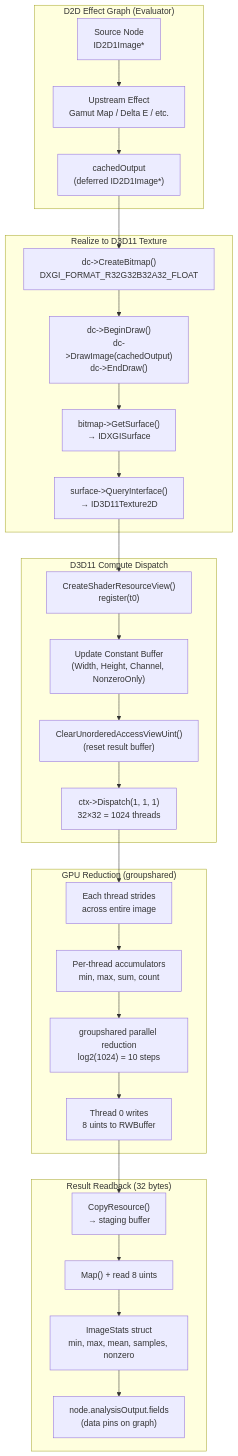
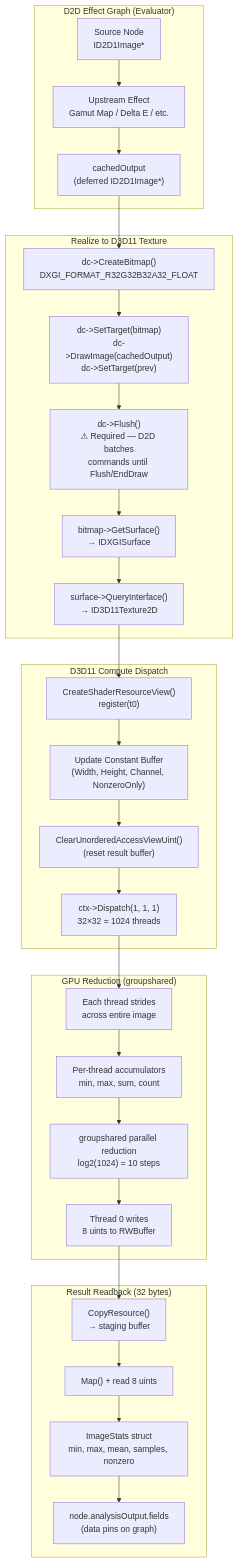
Before and after one commit to Spruill-1/ShaderLab: the ninth of 9 diagrams in README.md, drawn with Mermaid. The commit also changed other lines of this file, not shown here.

First line of the commit message:
docs: document D2D Flush requirement for D3D11 compute handoff

````diff
--- a/README.md
+++ b/README.md
@@ -773,35 +774,36 @@
 ```mermaid
 flowchart TD
     subgraph D2D_Graph["D2D Effect Graph (Evaluator)"]
         SRC[Source Node<br/>ID2D1Image*] --> FX[Upstream Effect<br/>Gamut Map / Delta E / etc.]
         FX --> CACHE["cachedOutput<br/>(deferred ID2D1Image*)"]
     end
 
     subgraph Realize["Realize to D3D11 Texture"]
         CACHE --> CREATE["dc->CreateBitmap()<br/>DXGI_FORMAT_R32G32B32A32_FLOAT"]
-        CREATE --> DRAW["dc->BeginDraw()<br/>dc->DrawImage(cachedOutput)<br/>dc->EndDraw()"]
-        DRAW --> SURFACE["bitmap->GetSurface()<br/>→ IDXGISurface"]
+        CREATE --> DRAW["dc->SetTarget(bitmap)<br/>dc->DrawImage(cachedOutput)<br/>dc->SetTarget(prev)"]
+        DRAW --> FLUSH["dc->Flush()<br/>⚠ Required — D2D batches<br/>commands until Flush/EndDraw"]
+        FLUSH --> SURFACE["bitmap->GetSurface()<br/>→ IDXGISurface"]
         SURFACE --> QI["surface->QueryInterface()<br/>→ ID3D11Texture2D"]
     end
 
     subgraph D3D11_Compute["D3D11 Compute Dispatch"]
         QI --> SRV["CreateShaderResourceView()<br/>register(t0)"]
         SRV --> CBUF["Update Constant Buffer<br/>(Width, Height, Channel, NonzeroOnly)"]
         CBUF --> CLEAR["ClearUnorderedAccessViewUint()<br/>(reset result buffer)"]
         CLEAR --> DISPATCH["ctx->Dispatch(1, 1, 1)<br/>32×32 = 1024 threads"]
     end
 
     subgraph GPU_Reduction["GPU Reduction (groupshared)"]
         DISPATCH --> STRIDE["Each thread strides<br/>across entire image"]
         STRIDE --> LOCAL["Per-thread accumulators<br/>min, max, sum, count"]
         LOCAL --> SHARED["groupshared parallel reduction<br/>log2(1024) = 10 steps"]
         SHARED --> WRITE["Thread 0 writes<br/>8 uints to RWBuffer"]
     end
 
     subgraph Readback["Result Readback (32 bytes)"]
         WRITE --> COPY["CopyResource()<br/>→ staging buffer"]
         COPY --> MAP["Map() + read 8 uints"]
         MAP --> STATS["ImageStats struct<br/>min, max, mean, samples, nonzero"]
         STATS --> ANALYSIS["node.analysisOutput.fields<br/>(data pins on graph)"]
     end
 ```
````
